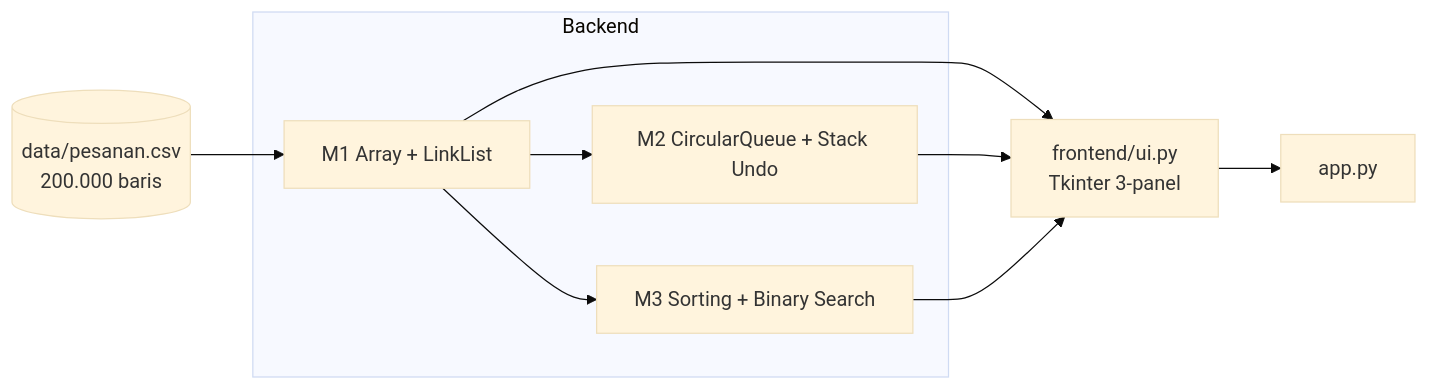
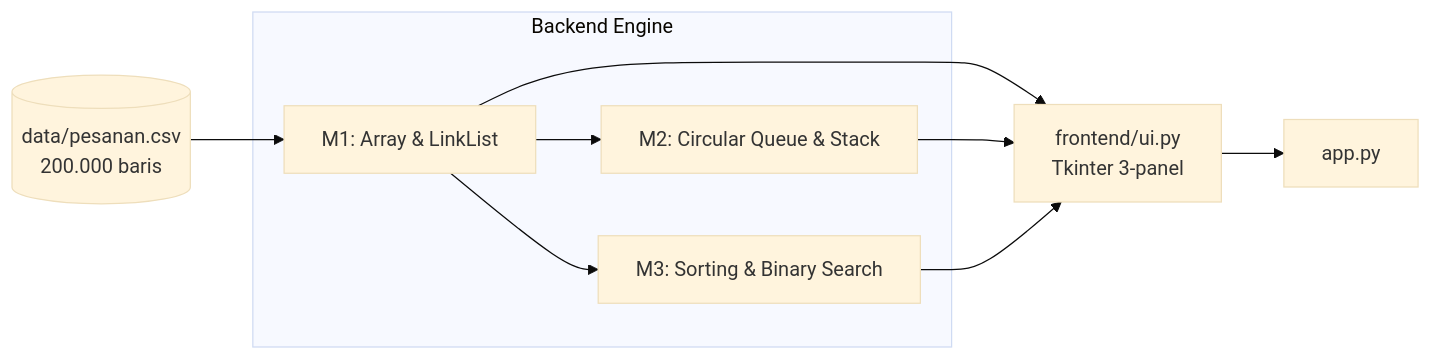
The diagram in README.md (Jsooonx/2ez4u), drawn with Mermaid (base theme) before and after one commit. The commit also changed other lines of this file, not shown here.

````diff
--- a/README.md
+++ b/README.md
@@ -14,10 +14,17 @@
 ```mermaid
 flowchart LR
     CSV[("data/pesanan.csv<br>200.000 baris")] --> M1
-    subgraph Backend
-        M1["M1 Array + LinkList"] --> M2["M2 CircularQueue + Stack Undo"]
-        M1 --> M3["M3 Sorting + Binary Search"]
+
+    subgraph Backend ["Backend Engine"]
+        M1["M1: Array & LinkList"]
+        M2["M2: Circular Queue & Stack"]
+        M3["M3: Sorting & Binary Search"]
+        M1 --> M2
+        M1 --> M3
     end
-    M1 & M2 & M3 --> UI["frontend/ui.py<br>Tkinter 3-panel"]
+
+    M1 --> UI["frontend/ui.py<br>Tkinter 3-panel"]
+    M2 --> UI
+    M3 --> UI
     UI --> APP["app.py"]
 ```
````
